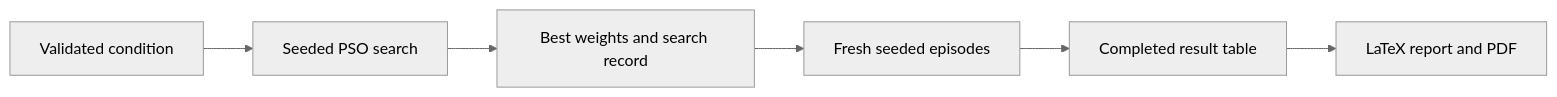
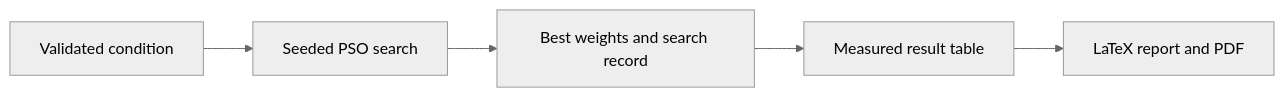
Before and after one commit to lluisvalerodelai/natural-comuting-A1: the diagram in docs/agentic/2026-10-07-pso-assignment/solution-design.md, drawn with Mermaid (neutral theme). The commit also changed other lines of this file, not shown here.

````diff
--- a/docs/agentic/2026-10-07-pso-assignment/solution-design.md
+++ b/docs/agentic/2026-10-07-pso-assignment/solution-design.md
@@ -56,8 +56,7 @@
 ```mermaid
 flowchart LR
   C[Validated condition] --> P[Seeded PSO search]
   P --> R[Best weights and search record]
-  R --> E[Fresh seeded episodes]
-  E --> T[Completed result table]
+  R --> T[Measured result table]
   T --> L[LaTeX report and PDF]
 ```
````
